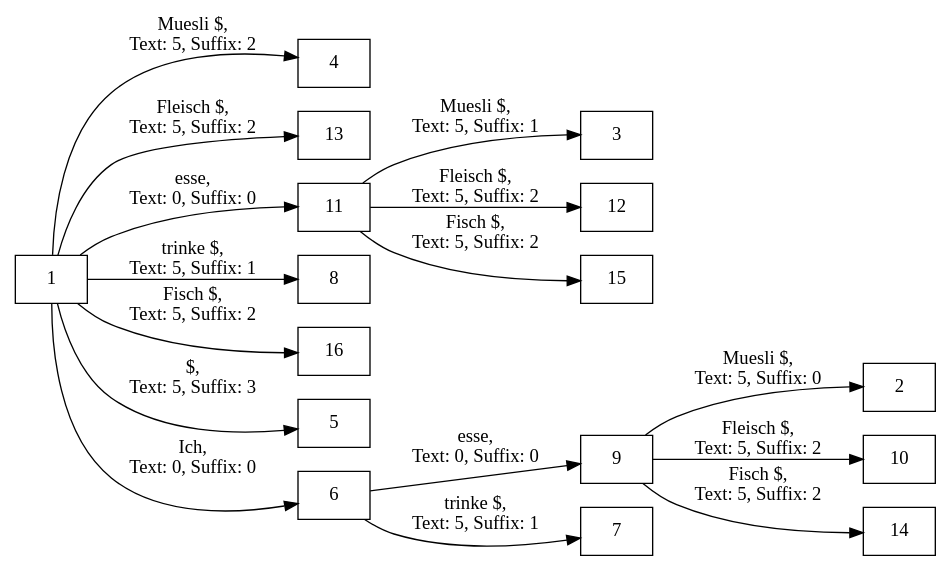
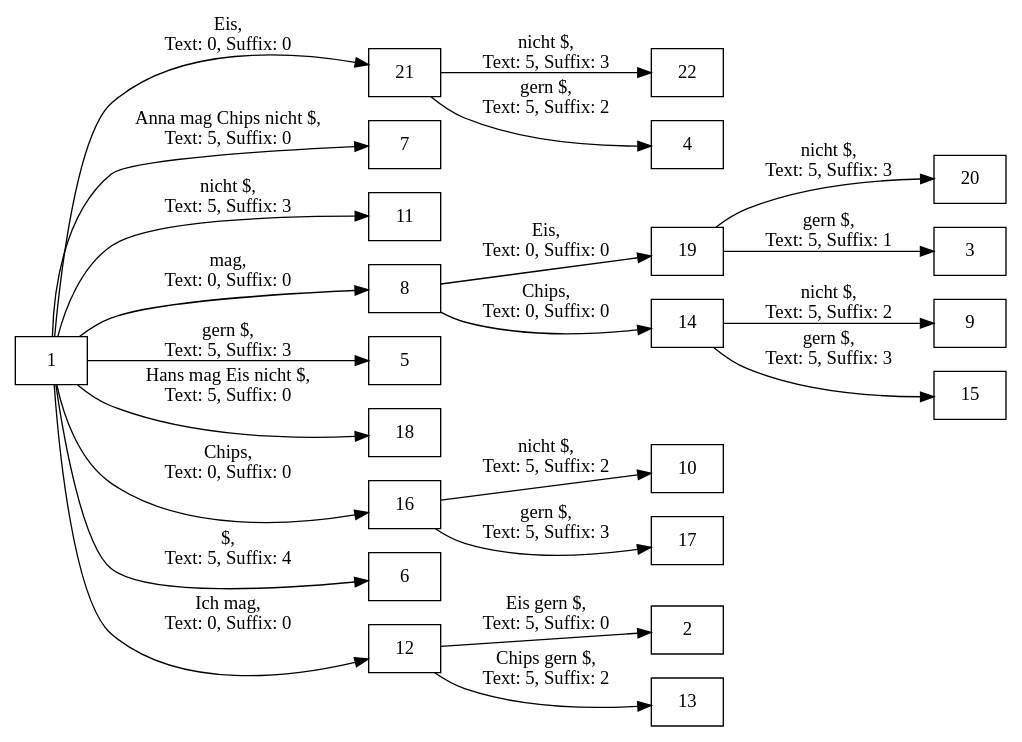
The diagram in de.uni_koeln.spinfo.strings.core/word.dot (fsteeg/stnl), drawn with Graphviz before and after one commit. The commit also changed 4 other files, not shown here.

```diff
--- a/de.uni_koeln.spinfo.strings.core/word.dot
+++ b/de.uni_koeln.spinfo.strings.core/word.dot
@@ -1,34 +1,46 @@
 /* this is a generated dot file: www.graphviz.org */
 digraph suffixtree {
 	rankdir=LR
-node[shape=box]			1->4
-		[label="Muesli $,\n Text: 5, Suffix: 2"];
-		1->13
-		[label="Fleisch $,\n Text: 5, Suffix: 2"];
+node[shape=box]			1->21
+		[label="Eis,\n Text: 0, Suffix: 0"];
+			21->22
+			[label="nicht $,\n Text: 5, Suffix: 3"];
+			21->4
+			[label="gern $,\n Text: 5, Suffix: 2"];
+		1->7
+		[label="Anna mag Chips nicht $,\n Text: 5, Suffix: 0"];
 		1->11
-		[label="esse,\n Text: 0, Suffix: 0"];
-			11->3
-			[label="Muesli $,\n Text: 5, Suffix: 1"];
-			11->12
-			[label="Fleisch $,\n Text: 5, Suffix: 2"];
-			11->15
-			[label="Fisch $,\n Text: 5, Suffix: 2"];
+		[label="nicht $,\n Text: 5, Suffix: 3"];
 		1->8
-		[label="trinke $,\n Text: 5, Suffix: 1"];
+		[label="mag,\n Text: 0, Suffix: 0"];
+			8->19
+			[label="Eis,\n Text: 0, Suffix: 0"];
+				19->20
+				[label="nicht $,\n Text: 5, Suffix: 3"];
+				19->3
+				[label="gern $,\n Text: 5, Suffix: 1"];
+			8->14
+			[label="Chips,\n Text: 0, Suffix: 0"];
+				14->9
+				[label="nicht $,\n Text: 5, Suffix: 2"];
+				14->15
+				[label="gern $,\n Text: 5, Suffix: 3"];
+		1->5
+		[label="gern $,\n Text: 5, Suffix: 3"];
+		1->18
+		[label="Hans mag Eis nicht $,\n Text: 5, Suffix: 0"];
 		1->16
-		[label="Fisch $,\n Text: 5, Suffix: 2"];
-		1->5
-		[label="$,\n Text: 5, Suffix: 3"];
+		[label="Chips,\n Text: 0, Suffix: 0"];
+			16->10
+			[label="nicht $,\n Text: 5, Suffix: 2"];
+			16->17
+			[label="gern $,\n Text: 5, Suffix: 3"];
 		1->6
-		[label="Ich,\n Text: 0, Suffix: 0"];
-			6->9
-			[label="esse,\n Text: 0, Suffix: 0"];
-				9->2
-				[label="Muesli $,\n Text: 5, Suffix: 0"];
-				9->10
-				[label="Fleisch $,\n Text: 5, Suffix: 2"];
-				9->14
-				[label="Fisch $,\n Text: 5, Suffix: 2"];
-			6->7
-			[label="trinke $,\n Text: 5, Suffix: 1"];
+		[label="$,\n Text: 5, Suffix: 4"];
+		1->12
+		[label="Ich mag,\n Text: 0, Suffix: 0"];
+			12->2
+			[label="Eis gern $,\n Text: 5, Suffix: 0"];
+			12->13
+			[label="Chips gern $,\n Text: 5, Suffix: 2"];
 }
```
